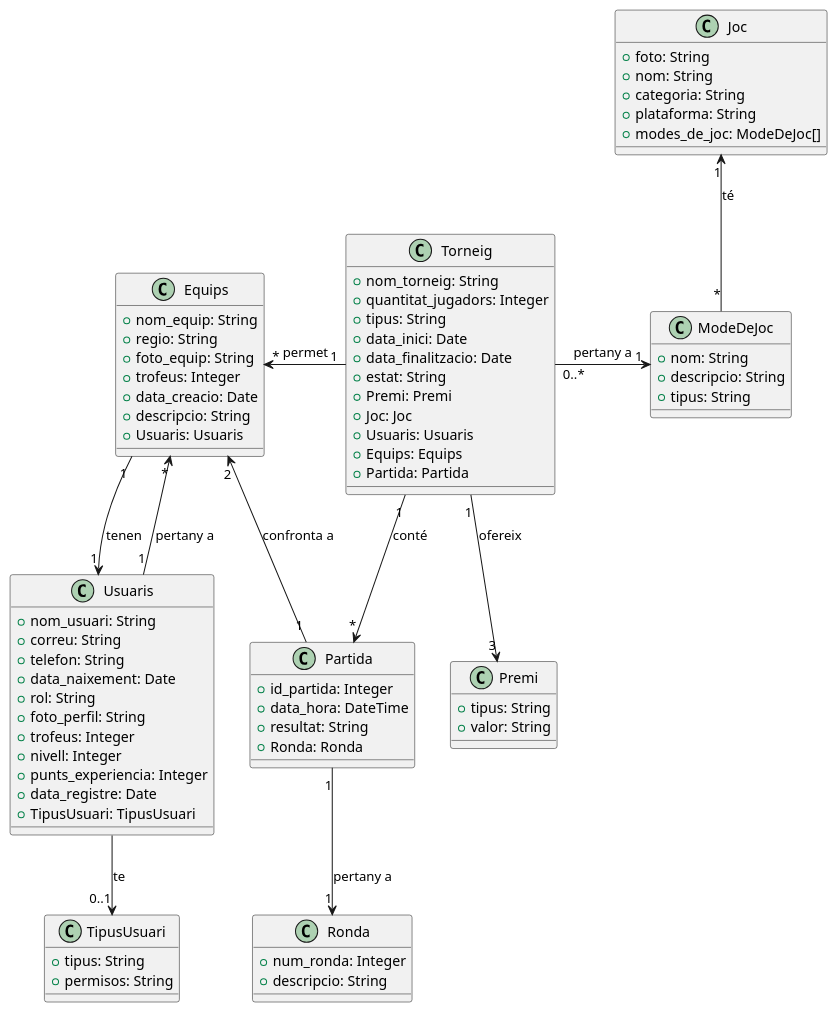
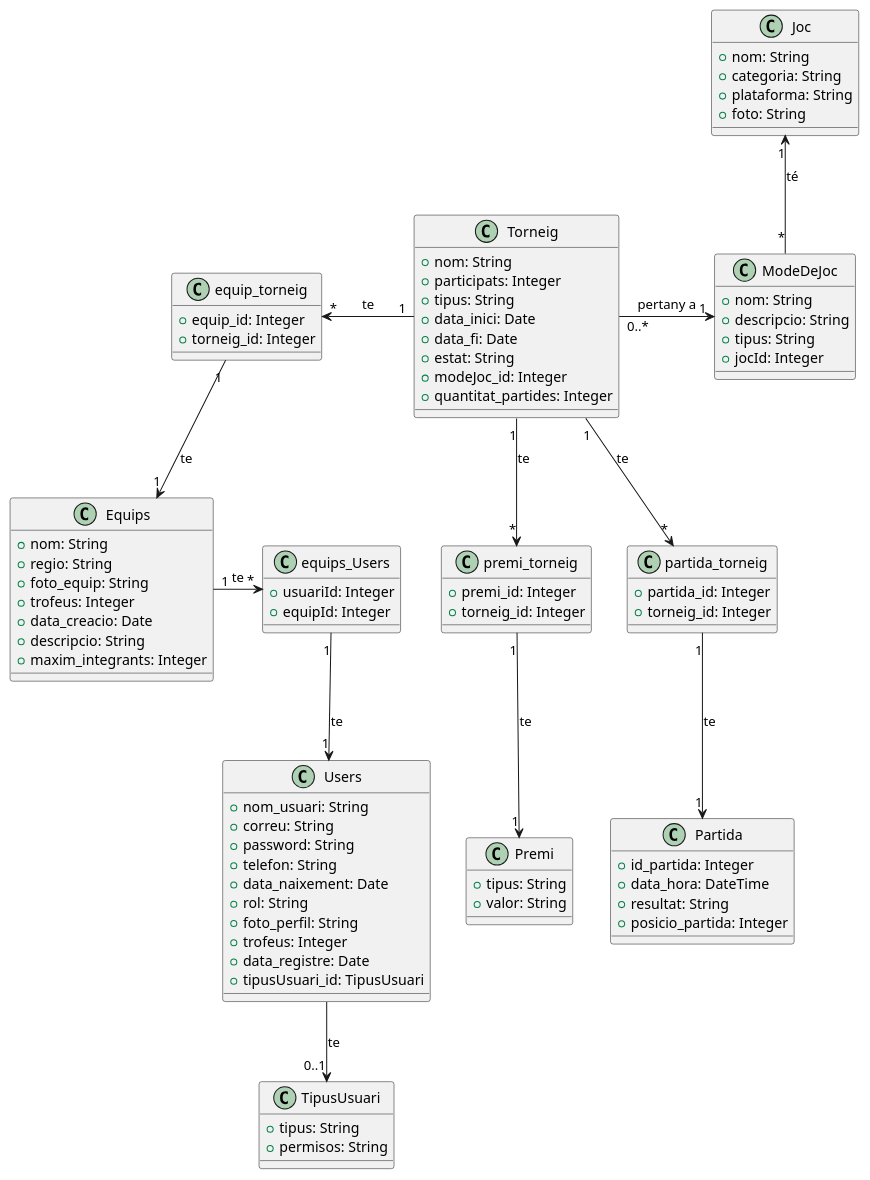
One commit to raularroyoguardia/tourneyMaster changed the diagram in si.puml. Above: the diagram before and after it, drawn with PlantUML. The commit also changed 37353 other files, not shown here.

```diff
--- a/si.puml
+++ b/si.puml
@@ -1,99 +1,115 @@
 @startuml
 
 
-class Usuaris {
+class Users {
    +nom_usuari: String
    +correu: String
+   +password: String
    +telefon: String
    +data_naixement: Date
    +rol: String
    +foto_perfil: String
    +trofeus: Integer
-   +nivell: Integer
-   +punts_experiencia: Integer
    +data_registre: Date
-   +TipusUsuari: TipusUsuari
+   +tipusUsuari_id: TipusUsuari
 }
 
 
 class TipusUsuari {
    +tipus: String
    +permisos: String
 }
 
 
 class Equips {
-   +nom_equip: String
+   +nom: String
    +regio: String
    +foto_equip: String
    +trofeus: Integer
    +data_creacio: Date
    +descripcio: String
-   +Usuaris: Usuaris
+   +maxim_integrants: Integer
 }
 
 
 class Torneig {
-   +nom_torneig: String
-   +quantitat_jugadors: Integer
+   +nom: String
+   +participats: Integer
    +tipus: String
    +data_inici: Date
-   +data_finalitzacio: Date
+   +data_fi: Date
    +estat: String
-   +Premi: Premi
-   +Joc: Joc
-   +Usuaris: Usuaris
-   +Equips: Equips
-   +Partida: Partida
+   +modeJoc_id: Integer
+   +quantitat_partides: Integer
+}
+
+class premi_torneig {
+   +premi_id: Integer
+   +torneig_id: Integer
+}
+
+class partida_torneig {
+   +partida_id: Integer
+   +torneig_id: Integer
+}
+
+class equip_torneig {
+   +equip_id: Integer
+   +torneig_id: Integer
+}
+
+class equips_Users {
+   +usuariId: Integer
+   +equipId: Integer
 }
 
 
 class Joc {
-   +foto: String
    +nom: String
    +categoria: String
    +plataforma: String
-   +modes_de_joc: ModeDeJoc[]
+   +foto: String
 }
 
 
 class ModeDeJoc {
    +nom: String
    +descripcio: String
    +tipus: String
+   +jocId: Integer
 }
 
 
 class Partida {
    +id_partida: Integer
    +data_hora: DateTime
    +resultat: String
-   +Ronda: Ronda
+   +posicio_partida: Integer
 }
-
-
-class Ronda {
-   +num_ronda: Integer
-   +descripcio: String
-}
-
 
 class Premi {
    +tipus: String
    +valor: String
 }
 
 
-Usuaris --> "0..1" TipusUsuari : te
-Usuaris "1" --> "*" Equips : pertany a
-Equips "1" --> "1" Usuaris : tenen
+Users --> "0..1" TipusUsuari : te
 Torneig "0..*" -right-> "1" ModeDeJoc : pertany a
-Torneig "1" -left-> "*" Equips : permet
-Torneig "1" --> "*" Partida : conté
-Partida "1" --> "2" Equips : confronta a
-Partida "1" --> "1" Ronda : pertany a
-Torneig "1" --> "3" Premi : ofereix
 Joc "1" <-- "*" ModeDeJoc : té
+
+Torneig "1" -left-> "*" equip_torneig : te
+equip_torneig "1" --> "1" Equips : te
+
+Equips "1" -right-> "*" equips_Users : te
+equips_Users "1" --> "1" Users : te
+
+Torneig "1" --> "*" premi_torneig : te
+premi_torneig "1" --> "1" Premi : te
+
+Torneig "1" --> "*" partida_torneig : te
+partida_torneig "1" --> "1" Partida : te
+
+
 
 
 @enduml
```
